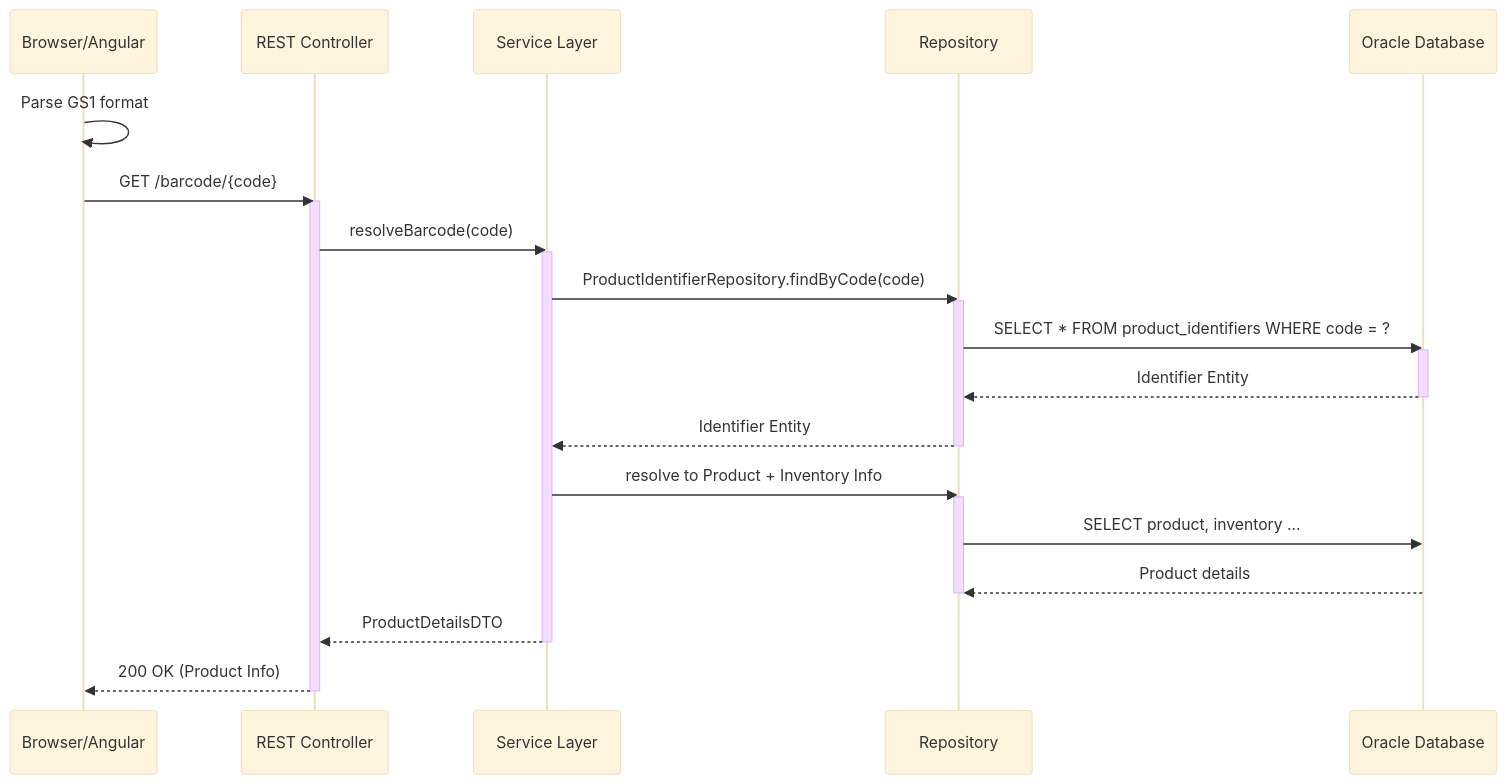
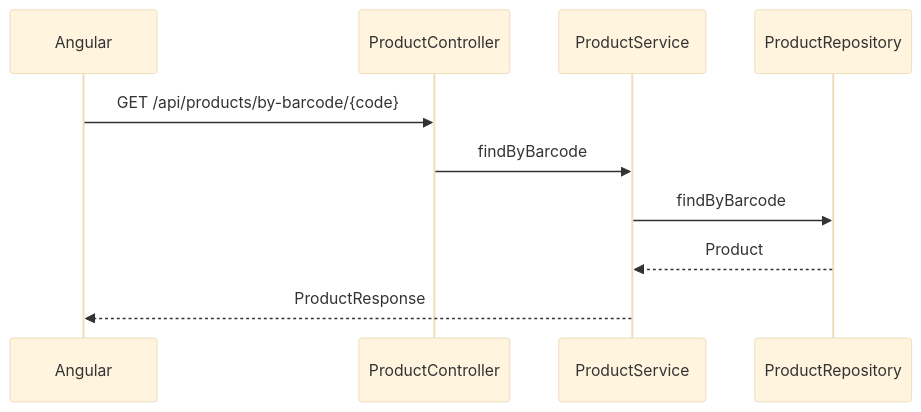
Before and after one commit to kirtika-0102/StockSmart: the sixth of 7 diagrams in docs/sequence-diagrams.md, drawn with Mermaid (base theme). The commit also changed other lines of this file and 74 other files, not shown here.

Commit message:
architecture of application

````diff
--- a/docs/sequence-diagrams.md
+++ b/docs/sequence-diagrams.md
@@ -336,34 +116,13 @@
 ```mermaid
 sequenceDiagram
-    participant U as Browser/Angular
-    participant C as REST Controller
-    participant BS as Service Layer
-    participant R as Repository
-    participant DB as Oracle Database
+    participant A as Angular
+    participant C as ProductController
+    participant S as ProductService
+    participant R as ProductRepository
 
-    U->>U: Parse GS1 format
-    U->>C: GET /barcode/{code}
-    activate C
-    C->>BS: resolveBarcode(code)
-    activate BS
-    
-    BS->>R: ProductIdentifierRepository.findByCode(code)
-    activate R
-    R->>DB: SELECT * FROM product_identifiers WHERE code = ?
-    activate DB
-    DB-->>R: Identifier Entity
-    deactivate DB
-    R-->>BS: Identifier Entity
-    deactivate R
-    
-    BS->>R: resolve to Product + Inventory Info
-    activate R
-    R->>DB: SELECT product, inventory ...
-    DB-->>R: Product details
-    deactivate R
-    
-    BS-->>C: ProductDetailsDTO
-    deactivate BS
-    C-->>U: 200 OK (Product Info)
-    deactivate C
+    A->>C: GET /api/products/by-barcode/{code}
+    C->>S: findByBarcode
+    S->>R: findByBarcode
+    R-->>S: Product
+    S-->>A: ProductResponse
 ```
````
